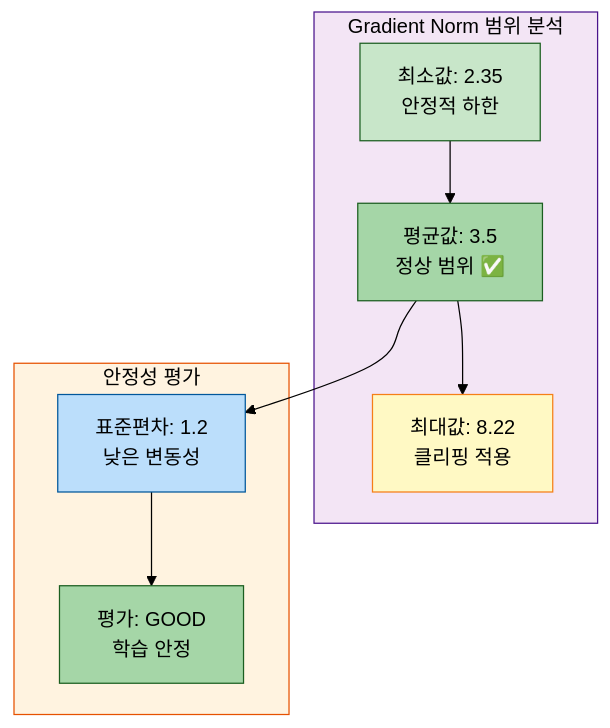
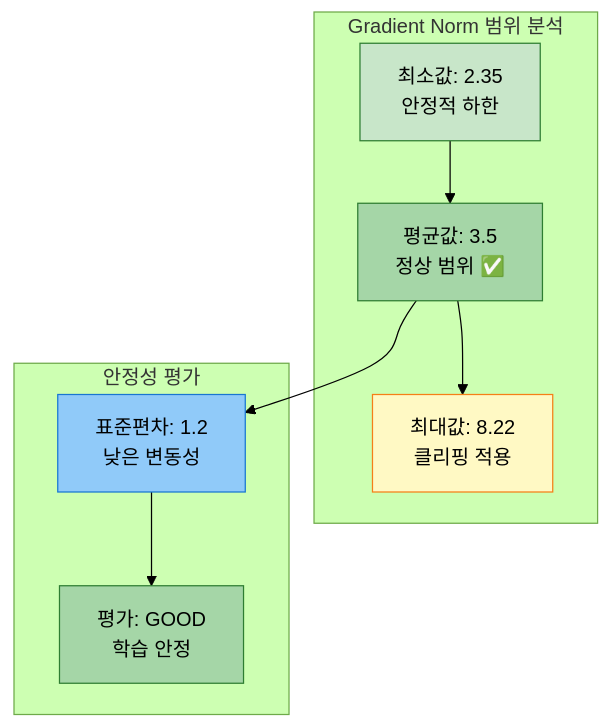
The seventh of 15 diagrams in docs/experiments/20251013_111525_strategy1_kobart_optimized_실험분석.md (AIBootcamp14/naturallanguageprocessingcompetition-nlp-1), drawn with Mermaid (forest theme) before and after one commit. The commit also changed other lines of this file, not shown here.

Commit message:
fix: 실험 분석 문서 mermaid 스타일 수정   - 모든 mermaid 다이어그램을 개별 노드 스타일 형식으로 변경   - subgraph 스타일 제거, 개별 노드별 색상 적용   - 20251012 문서 스타일 형식에 맞춰 통일   - experiments_style.md의 모든 예시 코드도 동일하게 수정

````diff
--- a/docs/experiments/20251013_111525_strategy1_kobart_optimized_실험분석.md
+++ b/docs/experiments/20251013_111525_strategy1_kobart_optimized_실험분석.md
@@ -414,24 +425,22 @@
 ```mermaid
 graph TB
     subgraph GradRange["Gradient Norm 범위 분석"]
         MIN[최소값: 2.35<br/>안정적 하한]
         AVG[평균값: 3.5<br/>정상 범위 ✅]
         MAX[최대값: 8.22<br/>클리핑 적용]
     end
 
     subgraph Stability["안정성 평가"]
         STD[표준편차: 1.2<br/>낮은 변동성]
         EVAL[평가: GOOD<br/>학습 안정]
     end
 
     MIN --> AVG --> MAX
     AVG --> STD --> EVAL
 
-    style MIN fill:#c8e6c9,stroke:#1b5e20,color:#000
-    style AVG fill:#a5d6a7,stroke:#1b5e20,color:#000
+    style MIN fill:#c8e6c9,stroke:#2e7d32,color:#000
+    style AVG fill:#a5d6a7,stroke:#2e7d32,color:#000
     style MAX fill:#fff9c4,stroke:#f57f17,color:#000
-    style STD fill:#bbdefb,stroke:#01579b,color:#000
-    style EVAL fill:#a5d6a7,stroke:#1b5e20,color:#000
-    style GradRange fill:#f3e5f5,stroke:#4a148c,color:#000
-    style Stability fill:#fff3e0,stroke:#e65100,color:#000
+    style STD fill:#90caf9,stroke:#1976d2,color:#000
+    style EVAL fill:#a5d6a7,stroke:#2e7d32,color:#000
 ```
````
